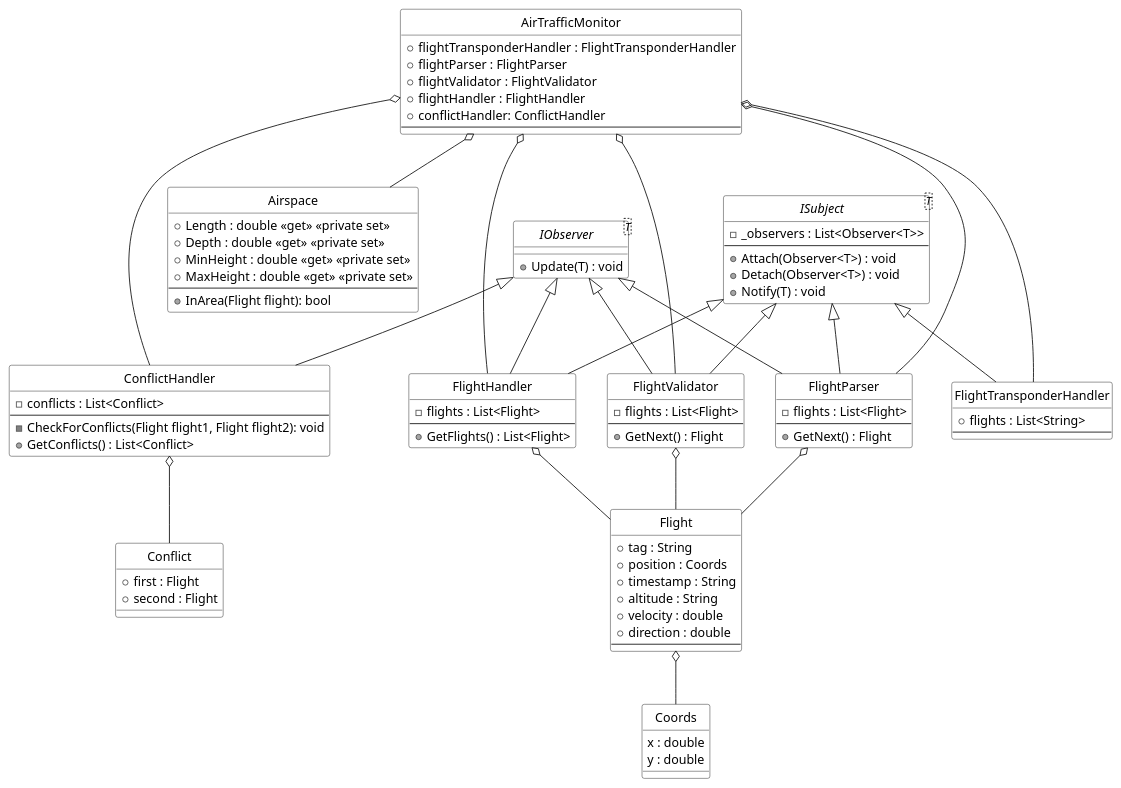
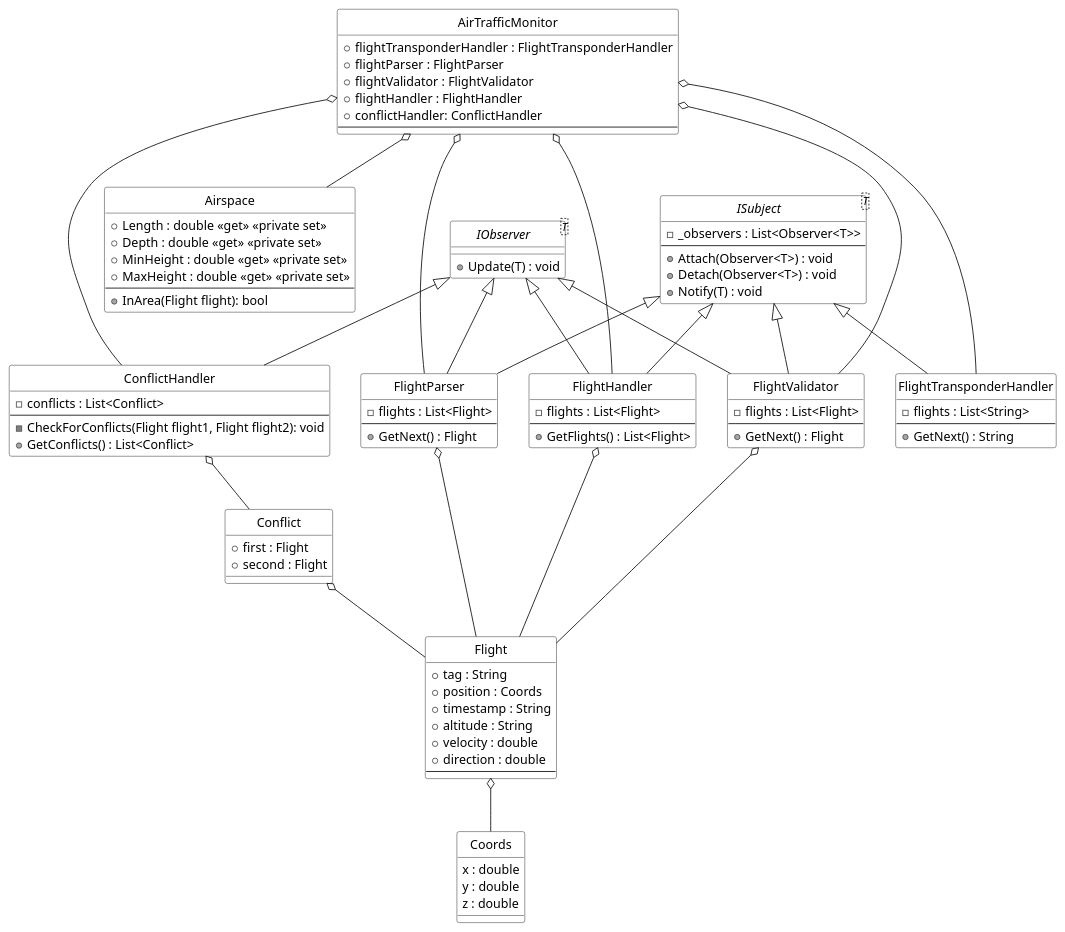
Before and after one commit to TeamSWT7/02-AirTrafficMonitoring: the diagram in class-diagram.plantuml, drawn with PlantUML. The commit also changed 12 other files, not shown here.

```diff
--- a/class-diagram.plantuml
+++ b/class-diagram.plantuml
@@ -1,109 +1,112 @@
 @startuml
 
 skinparam shadowing false
 skinparam monochrome true
 skinparam backgroundColor transparent
 skinparam classBackgroundColor transparent
 skinparam style strictuml
 'skinparam linetype ortho
 
 class AirTrafficMonitor {
     + flightTransponderHandler : FlightTransponderHandler
     + flightParser : FlightParser
     + flightValidator : FlightValidator
     + flightHandler : FlightHandler
     + conflictHandler: ConflictHandler
     --
 }
 AirTrafficMonitor o--- FlightTransponderHandler
 AirTrafficMonitor o--- FlightParser
 AirTrafficMonitor o--- FlightValidator
 AirTrafficMonitor o--- FlightHandler
 AirTrafficMonitor o--- ConflictHandler
 AirTrafficMonitor o-- Airspace
 
 interface IObserver<T> {
     + Update(T) : void
 }
 interface ISubject<T> {
     - _observers : List<Observer<T>>
     --
     + Attach(Observer<T>) : void
     + Detach(Observer<T>) : void
     + Notify(T) : void
 }
 
 
 
 class Coords {
     x : double
     y : double
+    z : double
 }
 class Flight {
     + tag : String
     + position : Coords
     + timestamp : String
     + altitude : String
     + velocity : double
     + direction : double
     --
 }
 Flight o-- Coords
 
 class Airspace {
     + Length : double <<get>> <<private set>>
     + Depth : double <<get>> <<private set>>
     + MinHeight : double <<get>> <<private set>>
     + MaxHeight : double <<get>> <<private set>>
     --
     + InArea(Flight flight): bool
 }
 
 class FlightTransponderHandler {
-    + flights : List<String>
+    - flights : List<String>
     --
+    + GetNext() : String
 }
 ISubject <|-- FlightTransponderHandler
 
 class FlightParser {
     - flights : List<Flight>
     --
     + GetNext() : Flight
 }
 ISubject <|-- FlightParser
 IObserver <|-- FlightParser
 FlightParser o-- Flight
 
 class FlightValidator {
     - flights : List<Flight>
     --
     + GetNext() : Flight
 }
 ISubject <|-- FlightValidator
 IObserver <|-- FlightValidator
 FlightValidator o-- Flight
 
 class FlightHandler {
     - flights : List<Flight>
     --
     + GetFlights() : List<Flight>
 }
 ISubject <|-- FlightHandler
 IObserver <|-- FlightHandler
 FlightHandler o-- Flight
 
 class ConflictHandler {
     - conflicts : List<Conflict>
     --
     - CheckForConflicts(Flight flight1, Flight flight2): void
     + GetConflicts() : List<Conflict>
 }
 IObserver <|-- ConflictHandler
 
 class Conflict {
     + first : Flight
     + second : Flight
 }
 ConflictHandler o-- Conflict
+Conflict o-- Flight
 
 @enduml
```
